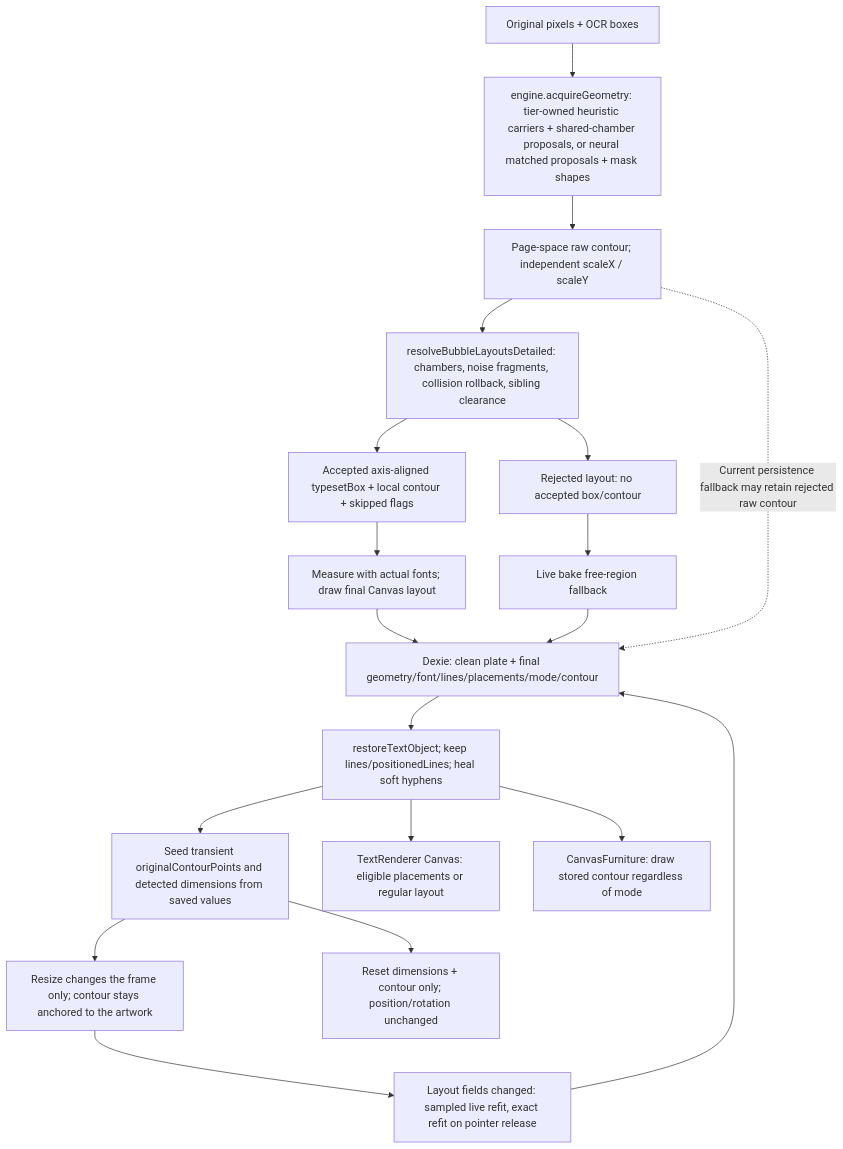
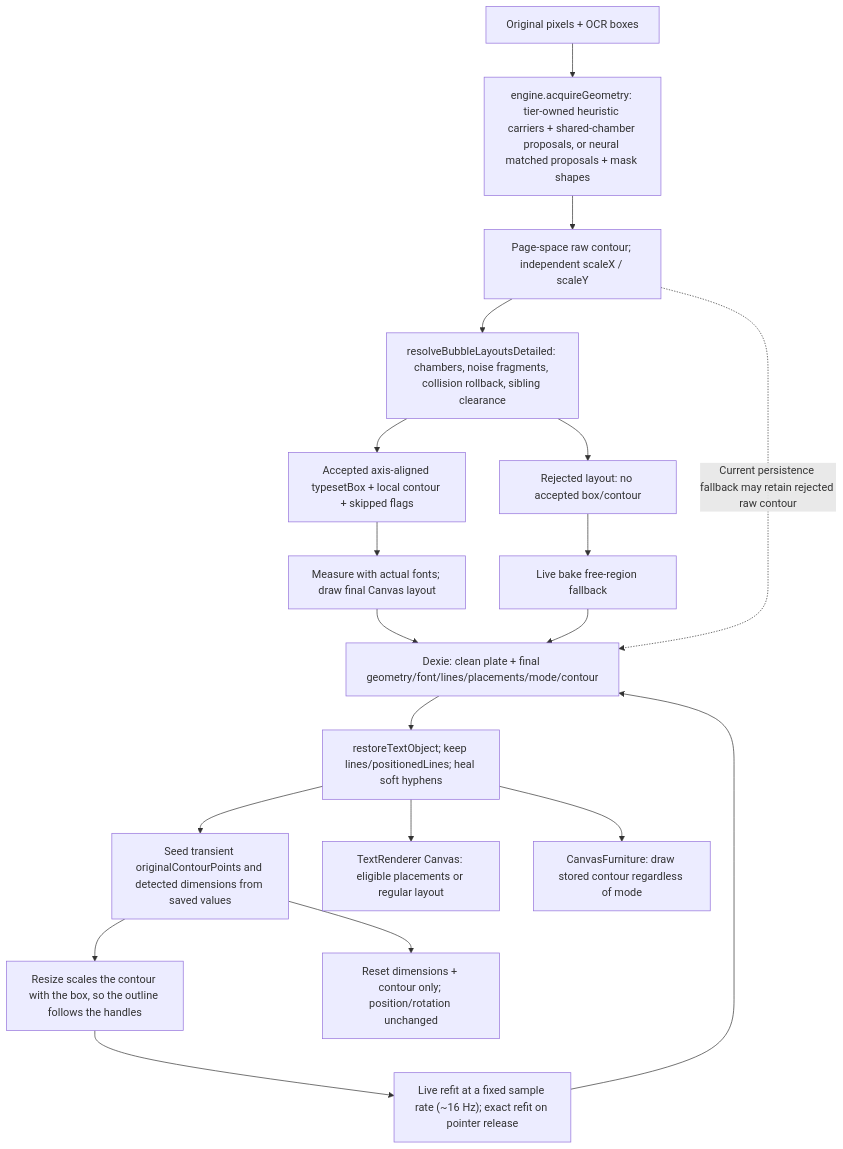
The third of 3 diagrams in docs/architecture/studio-and-typesetting.md (Unheat/Kites), drawn with Mermaid before and after one commit. The commit also changed other lines of this file and 4 other files, not shown here.

First line of the commit message:
fix(studio): make the contour follow the resize and re-fit text at a sample rate

````diff
--- a/docs/architecture/studio-and-typesetting.md
+++ b/docs/architecture/studio-and-typesetting.md
@@ -165,21 +165,21 @@
 ```mermaid
 flowchart TD
     Source["Original pixels + OCR boxes"] --> Geometry["engine.acquireGeometry: tier-owned heuristic carriers + shared-chamber proposals, or neural matched proposals + mask shapes"]
     Geometry --> Raw["Page-space raw contour; independent scaleX / scaleY"]
     Raw --> Resolve["resolveBubbleLayoutsDetailed: chambers, noise fragments, collision rollback, sibling clearance"]
     Resolve --> Accepted["Accepted axis-aligned typesetBox + local contour + skipped flags"]
     Resolve --> Rejected["Rejected layout: no accepted box/contour"]
     Accepted --> Bake["Measure with actual fonts; draw final Canvas layout"]
     Rejected --> Free["Live bake free-region fallback"]
     Bake --> Save["Dexie: clean plate + final geometry/font/lines/placements/mode/contour"]
     Free --> Save
     Raw -.->|"Current persistence fallback may retain rejected raw contour"| Save
     Save --> Restore["restoreTextObject; keep lines/positionedLines; heal soft hyphens"]
     Restore --> Baseline["Seed transient originalContourPoints and detected dimensions from saved values"]
     Restore --> Paint["TextRenderer Canvas: eligible placements or regular layout"]
     Restore --> Outline["CanvasFurniture: draw stored contour regardless of mode"]
-    Baseline --> Resize["Resize changes the frame only; contour stays anchored to the artwork"]
-    Resize --> Reflow["Layout fields changed: sampled live refit, exact refit on pointer release"]
+    Baseline --> Resize["Resize scales the contour with the box, so the outline follows the handles"]
+    Resize --> Reflow["Live refit at a fixed sample rate (~16 Hz); exact refit on pointer release"]
     Reflow --> Save
     Baseline --> Reset["Reset dimensions + contour only; position/rotation unchanged"]
 ```
````
